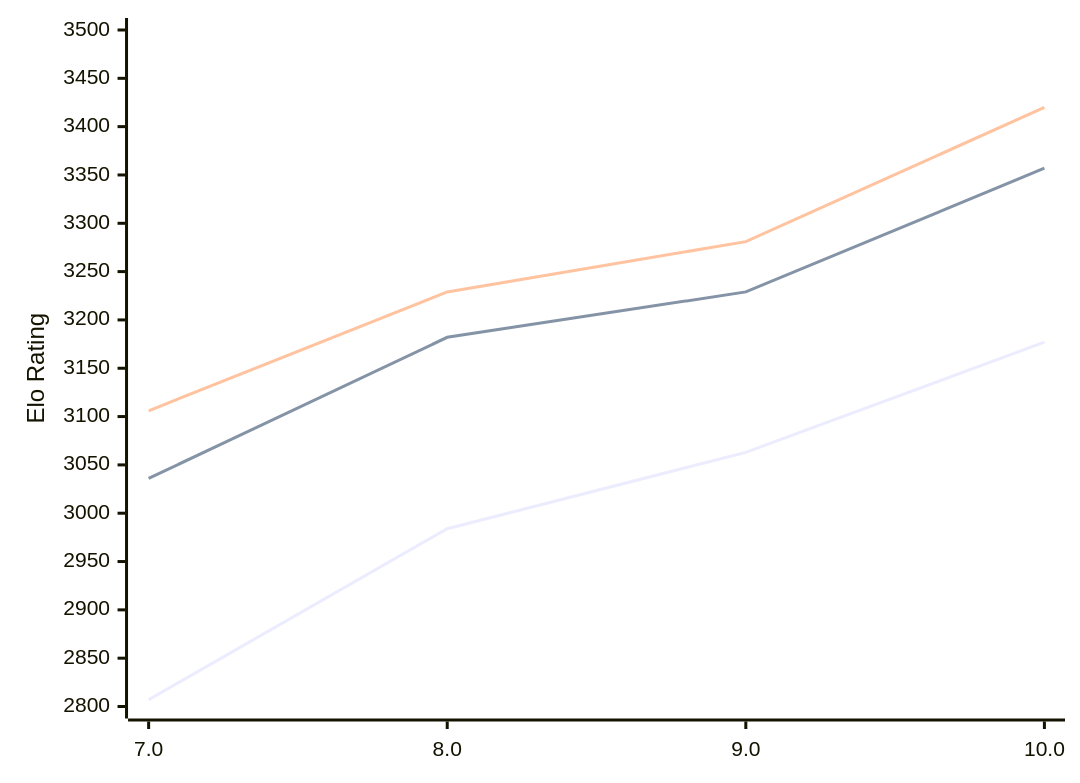
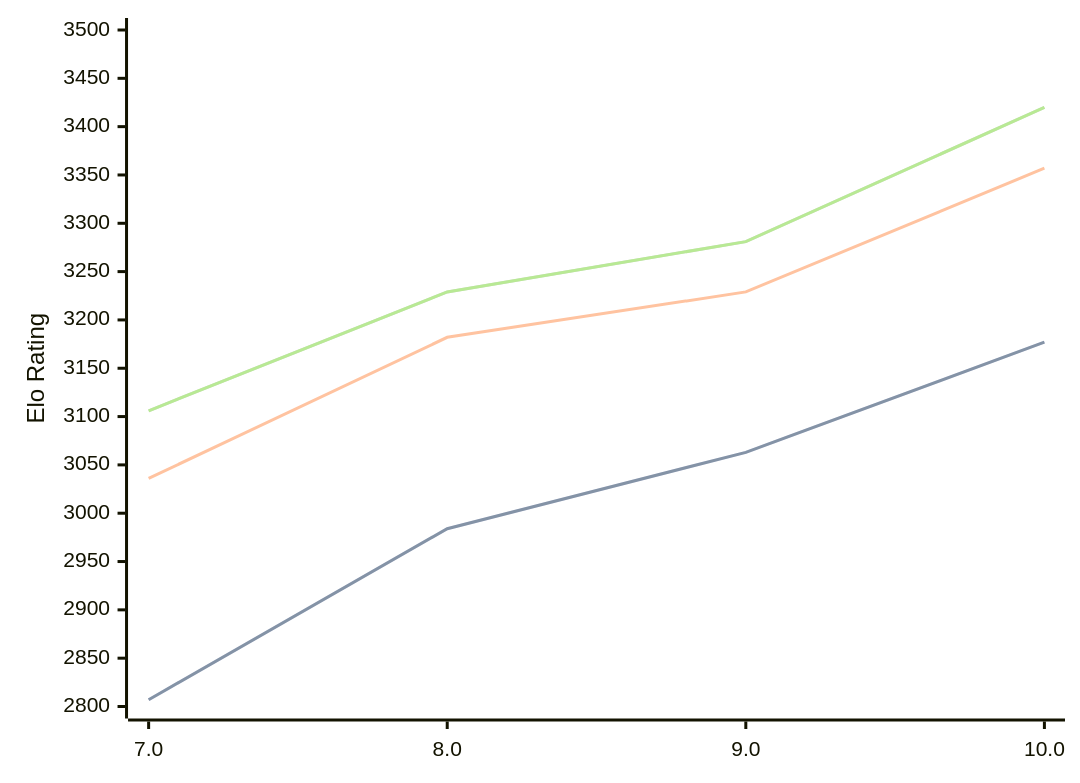
Before and after one commit to computer-chess-index/cci: the diagram in engines/Tcheran.md, drawn with Mermaid. The commit also changed other lines of this file, not shown here.

Commit message:
Update CCI Ratings (ELO VLTC) - 2026-02-13

````diff
--- a/engines/Tcheran.md
+++ b/engines/Tcheran.md
@@ -46,9 +46,11 @@
 ```mermaid
 %%{init: {"theme":"base","themeVariables":{"seriesColors:['#a3a3a3','#222221','#faa371']}}}%%
 xychart-beta
   x-axis ["7.0", "8.0", "9.0", "10.0"]
   y-axis "Elo Rating" 2800 --> 3500
   line "STC (8.0+0.08s)" [2807, 2984, 3063, 3177]
+  line "STC (8.0+0.08s)" [2807, 2984, 3063, 3177]
   line "LTC (60.0+0.60s)" [3036, 3182, 3229, 3357]
   line "VLTC (2m24s+1.12s)" [3106, 3229, 3281, 3420]
+  line "VLTC (2m24s+1.12s)" [3106, 3229, 3281, 3420]
 ```
````
